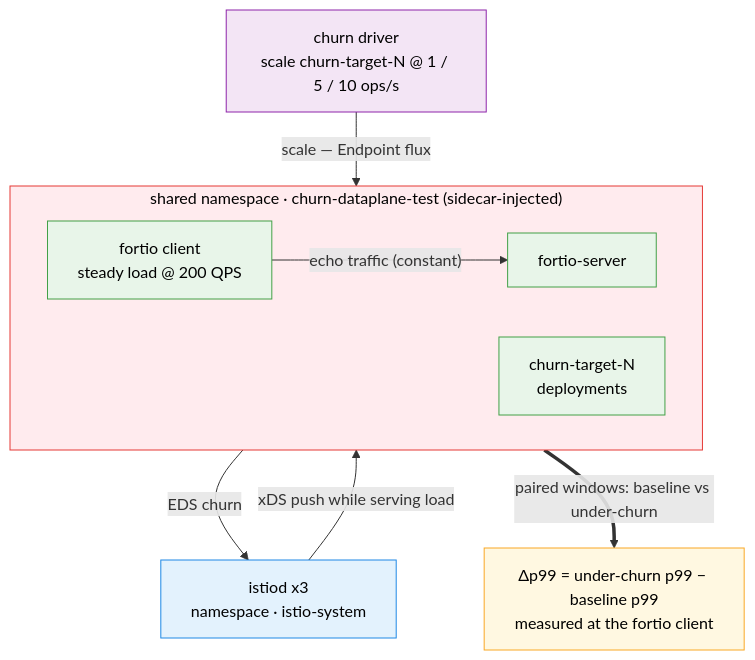
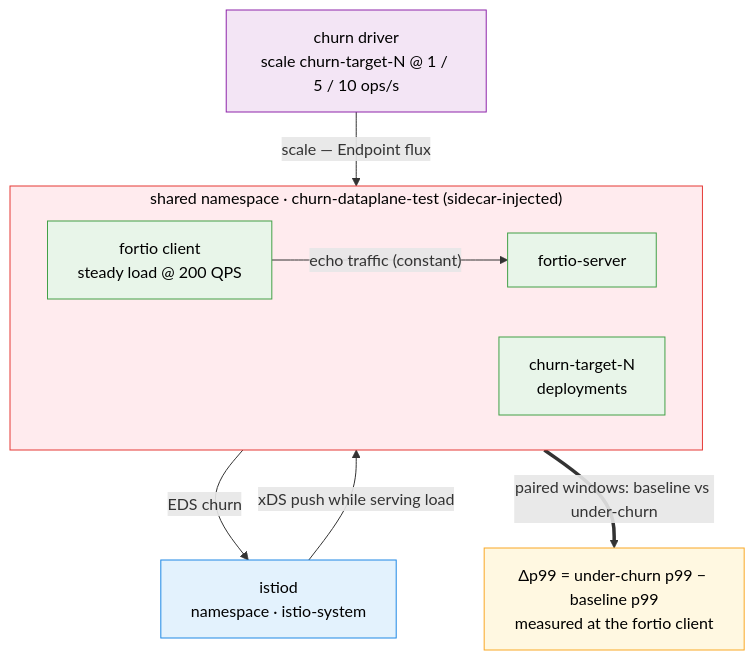
Before and after one commit to shpwrck/istio-scale-tests: the diagram in tests/churn-dataplane/README.md, drawn with Mermaid. The commit also changed other lines of this file and 15 other files, not shown here.

````diff
--- a/tests/churn-dataplane/README.md
+++ b/tests/churn-dataplane/README.md
@@ -20,34 +13,27 @@
 ```mermaid
 graph TB
     DRV["churn driver<br/>scale churn-target-N @ 1 / 5 / 10 ops/s"]
-
     subgraph NS["shared namespace · churn-dataplane-test (sidecar-injected)"]
         direction LR
         FC["fortio client<br/>steady load @ 200 QPS"]
         FS["fortio-server"]
         CT["churn-target-N<br/>deployments"]
         FC -->|"echo traffic (constant)"| FS
     end
-
-    PILOT["istiod x3<br/>namespace · istio-system"]
-
+    PILOT["istiod<br/>namespace · istio-system"]
     OUT["Δp99 = under-churn p99 − baseline p99<br/>measured at the fortio client"]
-
     DRV -->|"scale — Endpoint flux"| CT
     CT -->|"EDS churn"| PILOT
     PILOT -->|"xDS push while serving load"| FS
     FC ==>|"paired windows: baseline vs under-churn"| OUT
-
-    classDef mesh fill:#ffffff,stroke:#5c6bc0,stroke-width:2px,stroke-dasharray:6 5,color:#000;
-    classDef cluster fill:#eceff1,stroke:#90a4ae,color:#000;
     classDef namespace fill:#ffebee,stroke:#e53935,color:#000;
     classDef controlplane fill:#e3f2fd,stroke:#1e88e5,color:#000;
     classDef dataplane fill:#e8f5e9,stroke:#43a047,color:#000;
     classDef harness fill:#f3e5f5,stroke:#8e24aa,color:#000;
     classDef output fill:#fff8e1,stroke:#f9a825,color:#000;
     class DRV harness;
     class NS namespace;
     class FC,FS,CT dataplane;
     class PILOT controlplane;
     class OUT output;
 ```
````
